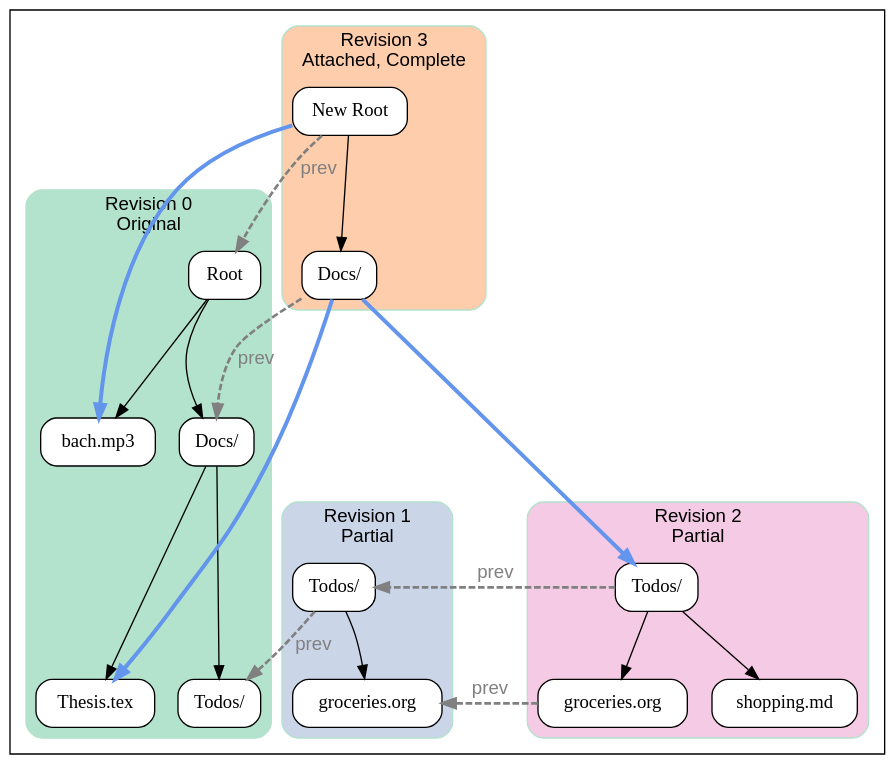
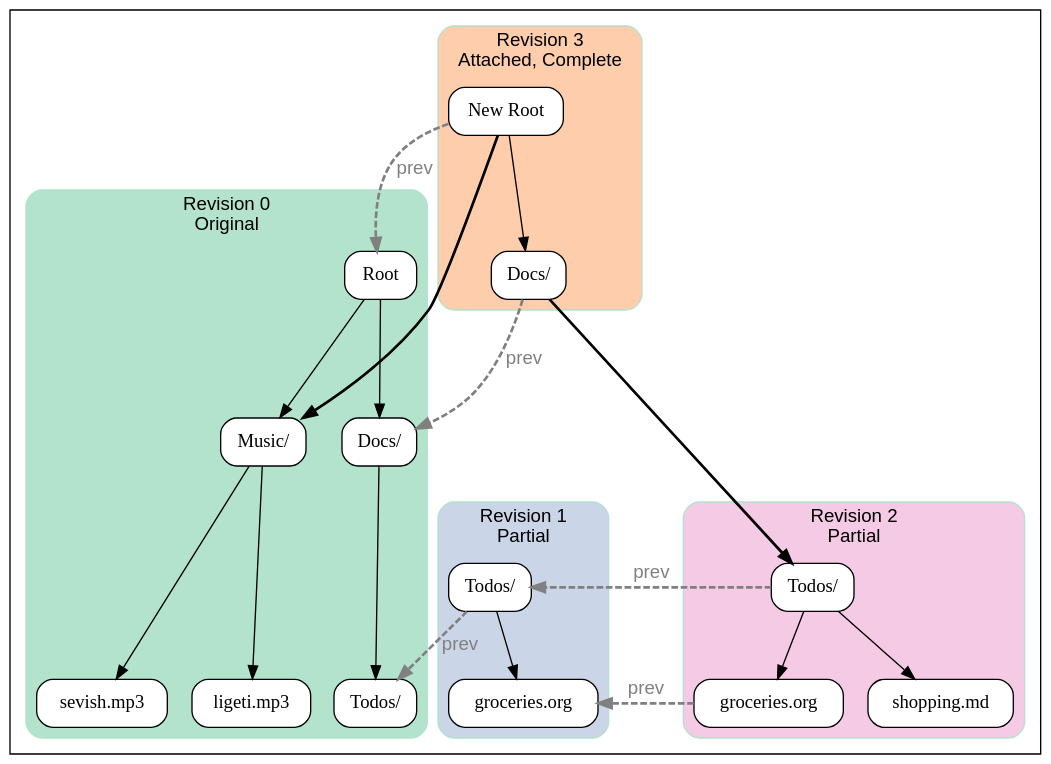
The diagram in spec/diagrams/attach.dot (wnfs-wg/spec), drawn with Graphviz before and after one commit.

Commit message:
Simplify

```diff
--- a/spec/diagrams/attach.dot
+++ b/spec/diagrams/attach.dot
@@ -1,110 +1,111 @@
 digraph G {
     #########
     # SETUP #
     #########
 
     compound = true
     fontname = "Helvetica"
 
     edge [
         colorscheme = "pastel28"
         fontname = "Helvetica"
     ];
 
     node [
         shape = plaintext
         style = "rounded,filled"
         fillcolor = white
         shape = box
     ];
 
     graph [
         colorscheme = "pastel28"
         style = "rounded,filled"
         color = 1
         fontcolor = black
     ];
 
     #########
     # NODES #
     #########
 
     subgraph cluster_main {
         label = "Revision 0\nOriginal"
 
+        edge [minlen = 2]
+
         a [label = "Root" shape = box]
         c [label = "Docs/"]
-        d [label = "bach.mp3"]
-        f [label = "Thesis.tex"]
+        d [label = "Music/"]
+        y [label = "ligeti.mp3"]
+        z [label = "sevish.mp3"]
         e [label = "Todos/"]
 
-        a -> {c d} [minlen = 2]
-        c -> {e f} [minlen = 2]
+        f [style = invis]
+
+        a -> {c d}
+        c -> e
+        d -> {y z}
     }
 
     subgraph cluster_rev1 {
         label = "Revision 1\nPartial"
         fillcolor = 3
 
         i [label = "Todos/"]
         j [label = "groceries.org"]
 
         i -> j
     }
 
     subgraph cluster_rev2 {
         label = "Revision 2\nPartial"
         fillcolor = 4
 
         k [label = "Todos/"]
         l [label = "groceries.org"]
         m [label = "shopping.md"]
 
         k -> {l m}
     }
 
     subgraph cluster_attach {
         label = "Revision 3\nAttached, Complete"
         fillcolor = 2
 
         o [label = "Docs/"]
         n [label = "New Root" shape = box]
 
         n -> o
     }
 
     #########
     # EDGES #
     #########
 
-    edge [
-        penwidth = 3
-        color = cornflowerblue
-    ]
+    edge [penwidth = 2]
 
     o -> k
-    o -> f
     n -> d
 
     edge [
-        penwidth = 2
         style = dashed
         fontcolor = grey
         color = grey
         label = "prev"
     ]
 
     i -> e [weight = 100]
     k -> i [weight = 100 minlen = 5]
     n -> a [weight = 100]
     o -> c
     l -> j [minlen = 2]
 
     #########
     # HACKS #
     #########
 
     i -> l [style = invis]
     j -> l [style = invis]
     j -> l [weight = 100 style = invis]
 }
```
